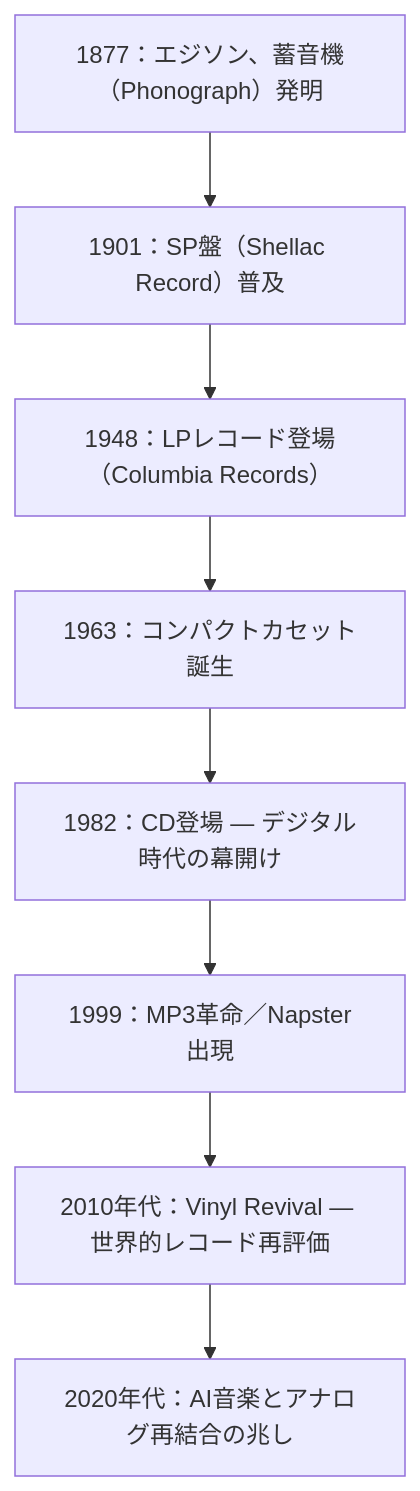
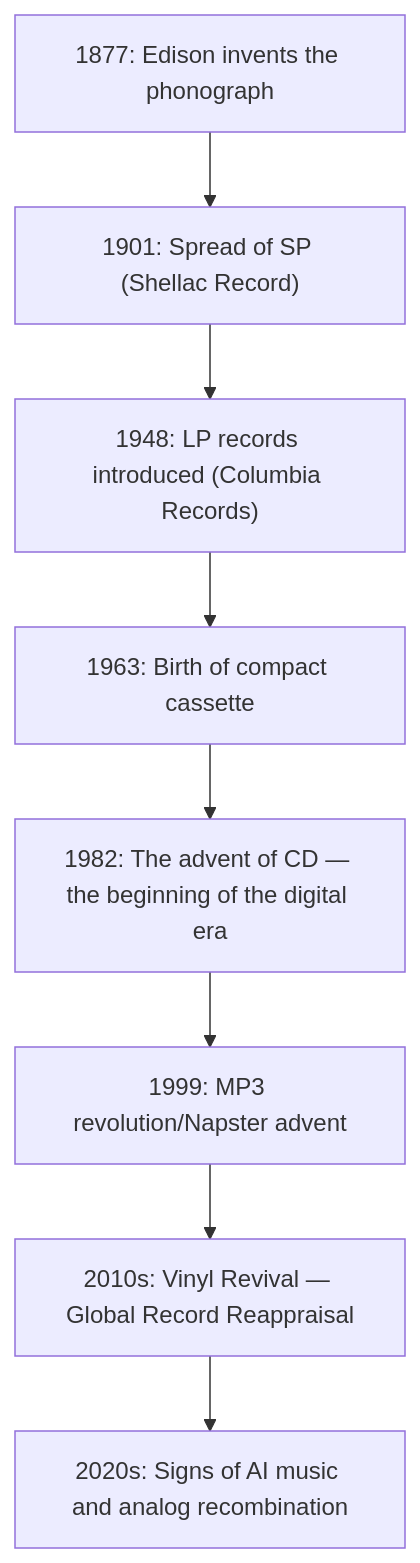
One commit to monumental-movement/monumental-movement.github.io changed the diagram in en/_posts/2025-10-22-column-why-we-buy-vinyl.md. Above: the diagram before and after it, drawn with Mermaid. The commit also changed other lines of this file and 801 other files, not shown here.

```diff
--- a/en/_posts/2025-10-22-column-why-we-buy-vinyl.md
+++ b/en/_posts/2025-10-22-column-why-we-buy-vinyl.md
@@ -158,12 +159,12 @@
 <div class="mermaid">
 
 flowchart TD
-    A1877["1877：エジソン、蓄音機（Phonograph）発明"] --> A1901["1901：SP盤（Shellac Record）普及"]
-    A1901 --> A1948["1948：LPレコード登場（Columbia Records）"]
-    A1948 --> A1963["1963：コンパクトカセット誕生"]
-    A1963 --> A1982["1982：CD登場 — デジタル時代の幕開け"]
-    A1982 --> A1999["1999：MP3革命／Napster出現"]
-    A1999 --> A2010["2010年代：Vinyl Revival — 世界的レコード再評価"]
-    A2010 --> A2020["2020年代：AI音楽とアナログ再結合の兆し"]
+    A1877["1877: Edison invents the phonograph"] --> A1901["1901: Spread of SP (Shellac Record)"]
+    A1901 --> A1948["1948: LP records introduced (Columbia Records)"]
+    A1948 --> A1963["1963: Birth of compact cassette"]
+    A1963 --> A1982["1982: The advent of CD — the beginning of the digital era"]
+    A1982 --> A1999["1999: MP3 revolution/Napster advent"]
+    A1999 --> A2010["2010s: Vinyl Revival — Global Record Reappraisal"]
+    A2010 --> A2020["2020s: Signs of AI music and analog recombination"]
 
 </div>
```
